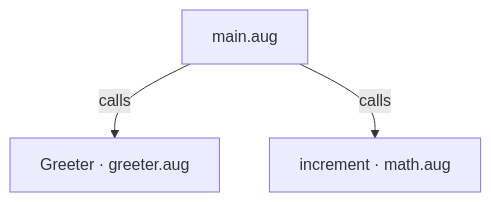
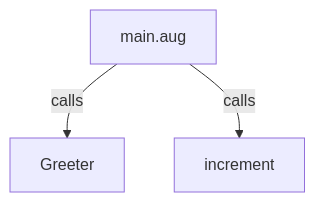
One commit to GreenPandaStudios/augscript changed the first of 3 diagrams in docs/examples/new-syntax/main-diagrams.md. Above: the diagram before and after it, drawn with Mermaid. The commit also changed other lines of this file and 524 other files, not shown here.

Commit message:
Explain checked data flow at folder and service levels

````diff
--- a/docs/examples/new-syntax/main-diagrams.md
+++ b/docs/examples/new-syntax/main-diagrams.md
@@ -19,8 +19,8 @@
 ```mermaid
 flowchart TD
-    n0["Greeter · greeter.aug"]
-    n1["increment · math.aug"]
+    n0["Greeter"]
+    n1["increment"]
     n2["main.aug"]
     n2 -->|"calls"| n0
     n2 -->|"calls"| n1
 ```
````
